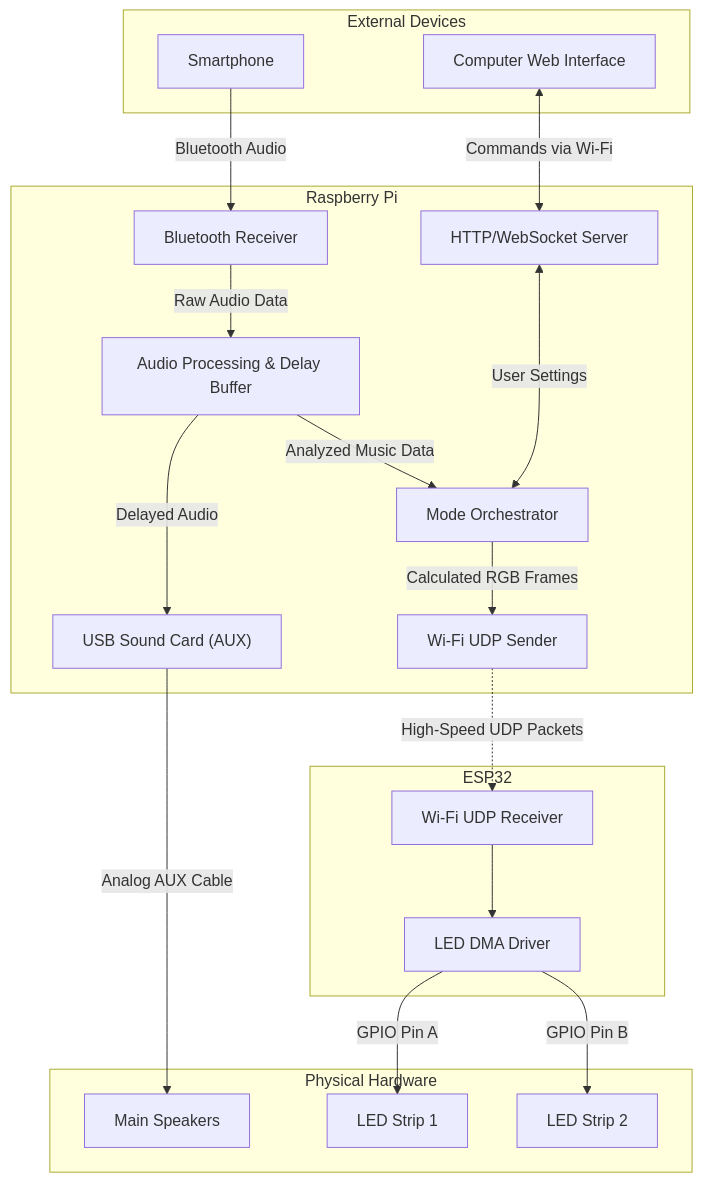
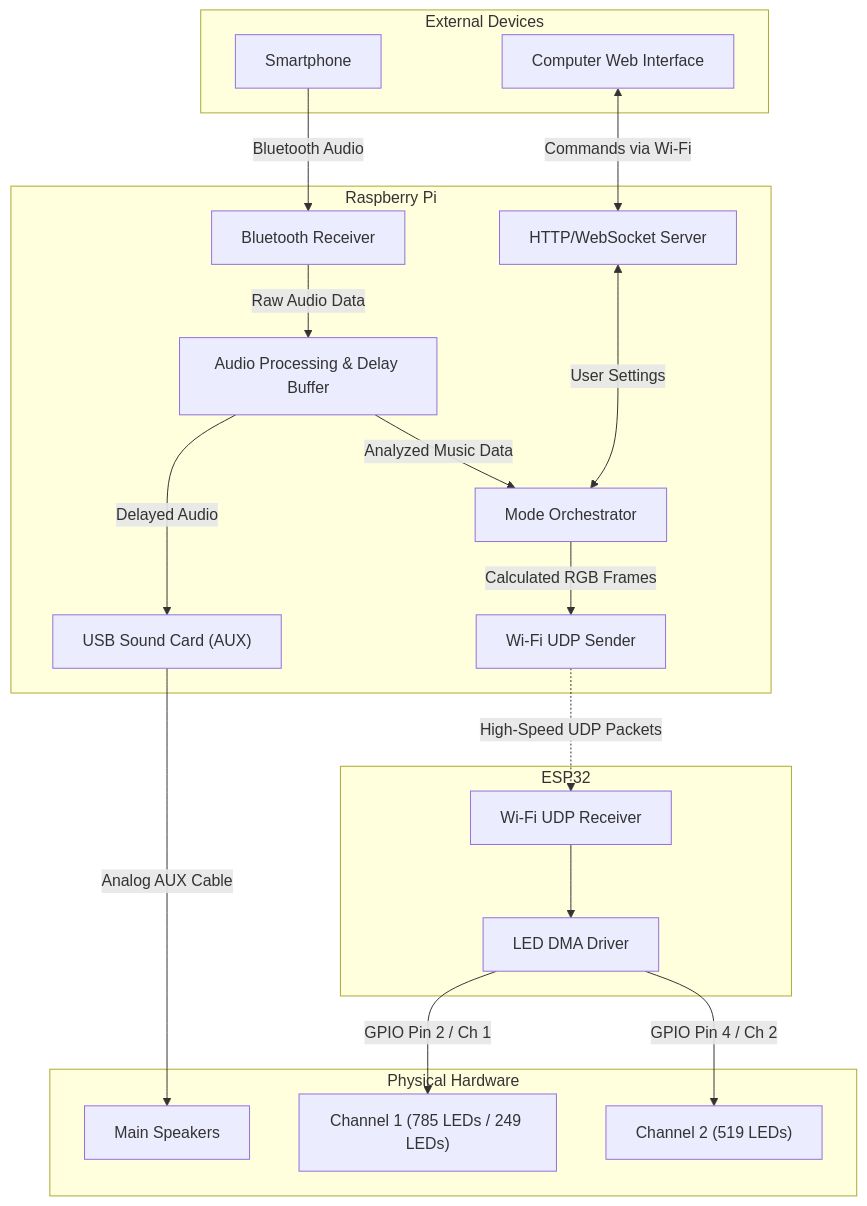
One commit to LucRobey/vialactee changed the diagram in .agents/docs/hardware_pipeline.md. Above: the diagram before and after it, drawn with Mermaid. The commit also changed other lines of this file and 61 other files, not shown here.

````diff
--- a/.agents/docs/hardware_pipeline.md
+++ b/.agents/docs/hardware_pipeline.md
@@ -25,83 +25,83 @@
 ```mermaid
 
 graph TD
 
     subgraph External [External Devices]
 
         Phone["Smartphone"]
 
         PC["Computer Web Interface"]
 
     end
 
 
     subgraph RPi [Raspberry Pi]
 
         BT["Bluetooth Receiver"]
 
         FFT["Audio Processing & Delay Buffer"]
 
         Audio_Out["USB Sound Card (AUX)"]
 
         Server["HTTP/WebSocket Server"]
 
         Math["Mode Orchestrator"]
 
         UDP_Out["Wi-Fi UDP Sender"]
 
     end
 
 
     subgraph ESP [ESP32]
 
         UDP_In["Wi-Fi UDP Receiver"]
 
         Driver["LED DMA Driver"]
 
     end
 
 
     subgraph Hardware [Physical Hardware]
 
         Speakers["Main Speakers"]
 
         Strip1["LED Strip 1"]
 
         Strip2["LED Strip 2"]
 
     end
 
 
     Phone -->|Bluetooth Audio| BT
 
     PC <-->|Commands via Wi-Fi| Server
 
   
 
     BT -->|Raw Audio Data| FFT
 
     FFT -->|Delayed Audio| Audio_Out
 
     Audio_Out -->|Analog AUX Cable| Speakers
 
   
 
     FFT -->|Analyzed Music Data| Math
 
     Server <-->|User Settings| Math
 
     Math -->|Calculated RGB Frames| UDP_Out
 
   
 
     UDP_Out -.->|High-Speed UDP Packets| UDP_In
 
   
 
     UDP_In --> Driver
 
-    Driver -->|GPIO Pin A| Strip1
+    Driver -->|GPIO Pin 2 / Ch 1| Strip1["Channel 1 (785 LEDs / 249 LEDs)"]
 
-    Driver -->|GPIO Pin B| Strip2
+    Driver -->|GPIO Pin 4 / Ch 2| Strip2["Channel 2 (519 LEDs)"]
 
 ```
````
